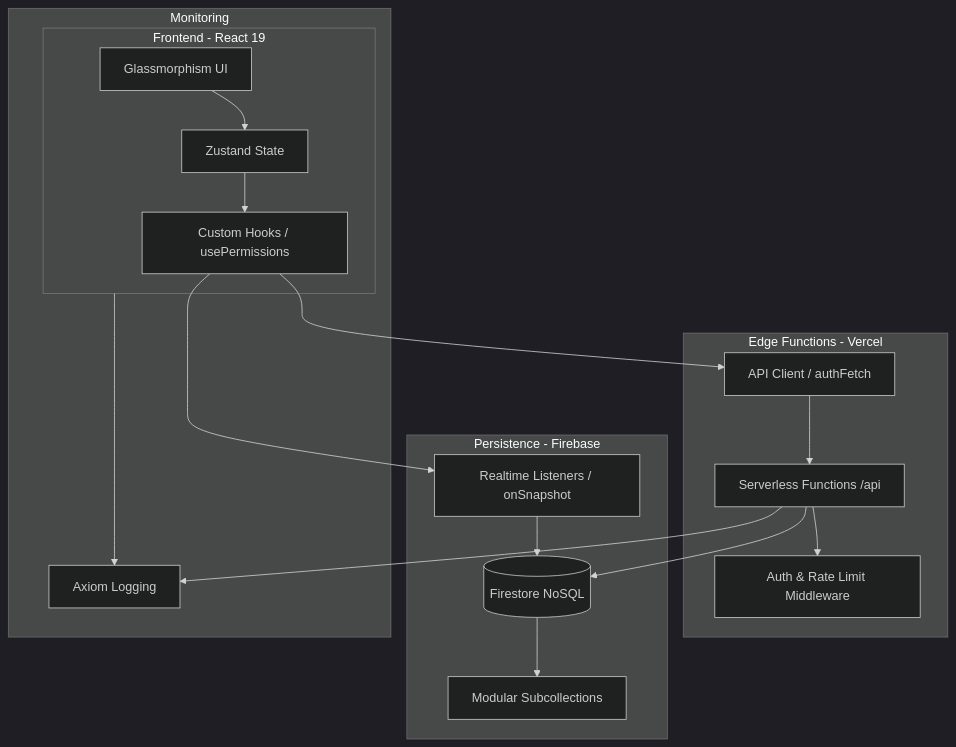
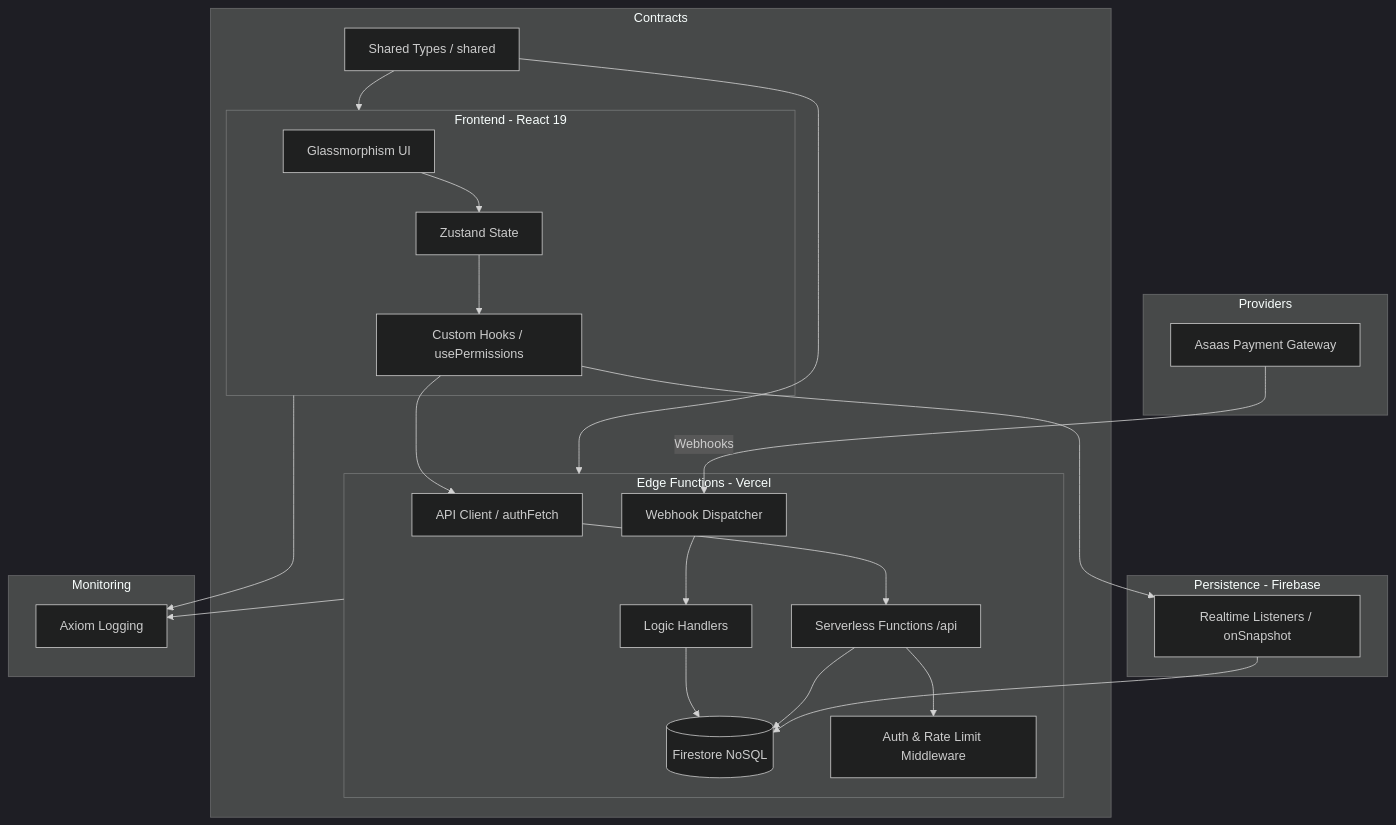
One commit to josef10000/hubcrm changed the first of 2 diagrams in README.md. Above: the diagram before and after it, drawn with Mermaid (dark theme). The commit also changed other lines of this file, not shown here.

Commit message:
docs: update README with financial automation and shared types architecture

````diff
--- a/README.md
+++ b/README.md
@@ -16,25 +16,36 @@
 ```mermaid
 graph TD
+    subgraph External_Systems [Providers]
+        Asaas[Asaas Payment Gateway]
+    end
+
     subgraph Client_Layer [Frontend - React 19]
         UI[Glassmorphism UI] --> Store[Zustand State]
         Store --> Hooks[Custom Hooks / usePermissions]
     end
 
+    subgraph Shared_Layer [Contracts]
+        ST[Shared Types / shared] --> Client_Layer
+        ST --> Service_Layer
+    end
+
     subgraph Service_Layer [Edge Functions - Vercel]
         Hooks --> API[API Client / authFetch]
         API --> Serverless[Serverless Functions /api]
+        Asaas -- Webhooks --> WH[Webhook Dispatcher]
+        WH --> Handlers[Logic Handlers]
+        Handlers --> Firestore
         Serverless --> Middleware[Auth & Rate Limit Middleware]
     end
 
     subgraph Data_Layer [Persistence - Firebase]
         Serverless --> Firestore[(Firestore NoSQL)]
         Hooks --> Realtime[Realtime Listeners / onSnapshot]
         Realtime --> Firestore
-        Firestore --> SubCollections[Modular Subcollections]
     end
 
     subgraph Observability [Monitoring]
         Client_Layer --> Axiom[Axiom Logging]
-        Serverless --> Axiom
+        Service_Layer --> Axiom
     end
 ```
````
